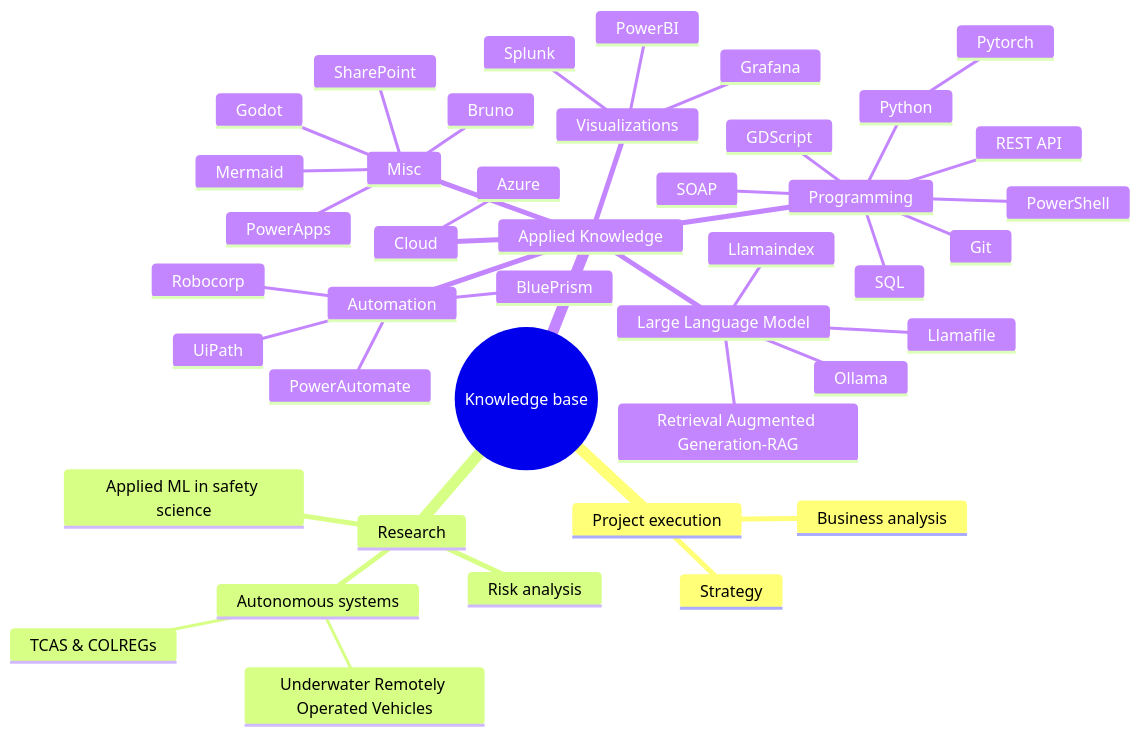
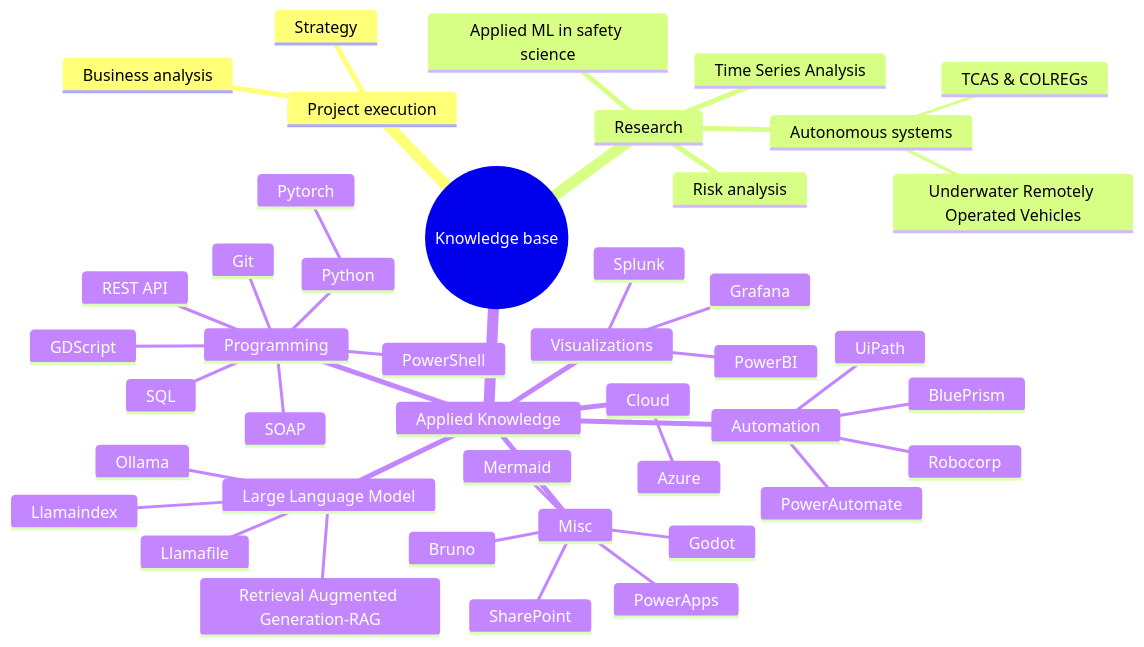
Before and after one commit to jeev20/jeev20.github.io: the diagram in _tabs/about.md, drawn with Mermaid. The commit also changed 2 other files, not shown here.

Commit message:
new post on time series - 2024-09-17 23:32:08]

````diff
--- a/_tabs/about.md
+++ b/_tabs/about.md
@@ -19,47 +19,48 @@
 ```mermaid
 mindmap
   root((Knowledge base))
     Project execution
         Business analysis
         Strategy
     Research
       Risk analysis
       Autonomous systems
         Underwater Remotely Operated Vehicles
         TCAS & COLREGs
       Applied ML in safety science
+      Time Series Analysis
     Applied Knowledge
       Cloud
         Azure
       Automation
         UiPath
         PowerAutomate
         BluePrism
         Robocorp
       Misc
         Mermaid
         SharePoint
         PowerApps
         Godot
         Bruno
       Programming
         Python
          Pytorch
         SQL
         PowerShell
         Git
         GDScript
         REST API
         SOAP
       Visualizations
         Splunk
         PowerBI
         Grafana
       Large Language Model
         Llamafile
         Ollama
         Llamaindex
         Retrieval Augmented Generation-RAG
       
       
 ```
````
